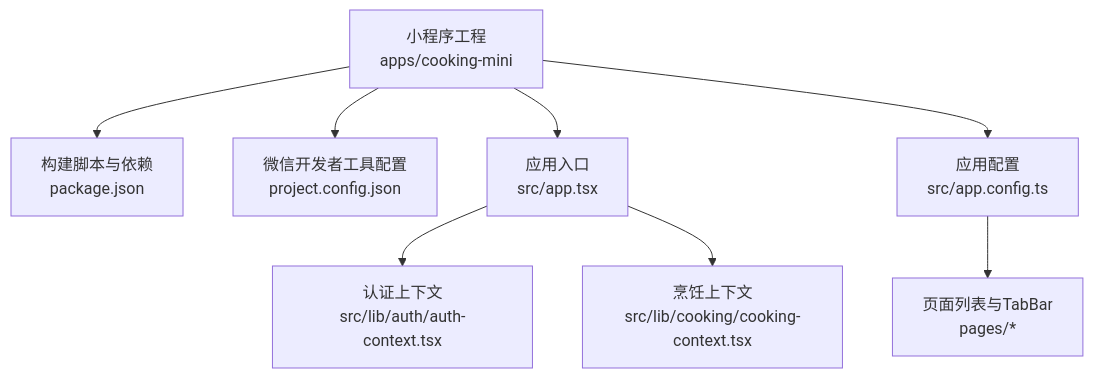
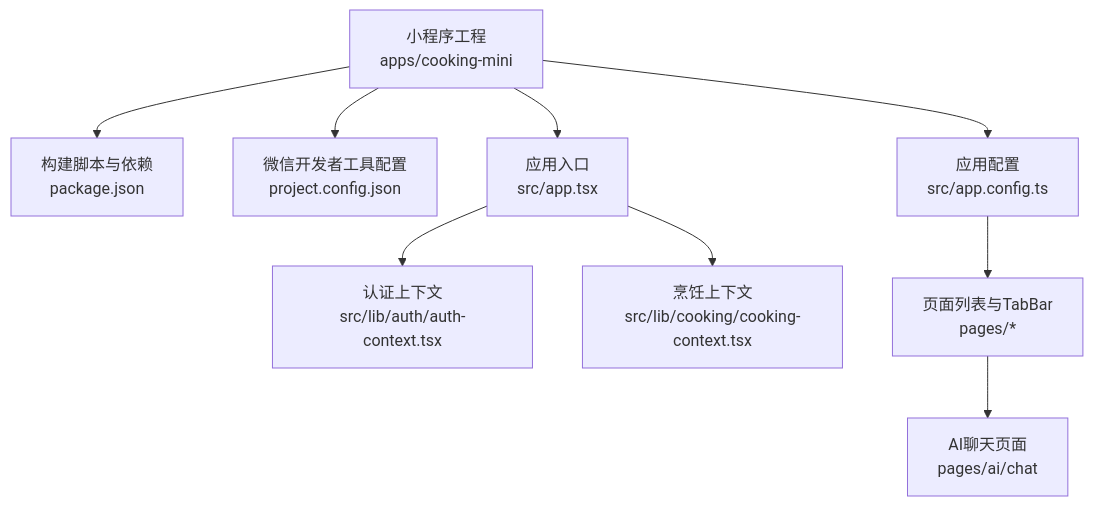
Before and after one commit to good-zheng/po: the first of 7 diagrams in .qoder/repowiki/zh/content/前端应用/微信小程序.md, drawn with Mermaid. The commit also changed other lines of this file and 40 other files, not shown here.

````diff
--- a/.qoder/repowiki/zh/content/前端应用/微信小程序.md
+++ b/.qoder/repowiki/zh/content/前端应用/微信小程序.md
@@ -36,10 +40,11 @@
 ```mermaid
 graph TB
 A["小程序工程<br/>apps/cooking-mini"] --> B["构建脚本与依赖<br/>package.json"]
 A --> C["微信开发者工具配置<br/>project.config.json"]
 A --> D["应用入口<br/>src/app.tsx"]
 A --> E["应用配置<br/>src/app.config.ts"]
 D --> F["认证上下文<br/>src/lib/auth/auth-context.tsx"]
 D --> G["烹饪上下文<br/>src/lib/cooking/cooking-context.tsx"]
 E --> H["页面列表与TabBar<br/>pages/*"]
+H --> I["AI聊天页面<br/>pages/ai/chat"]
 ```
````
